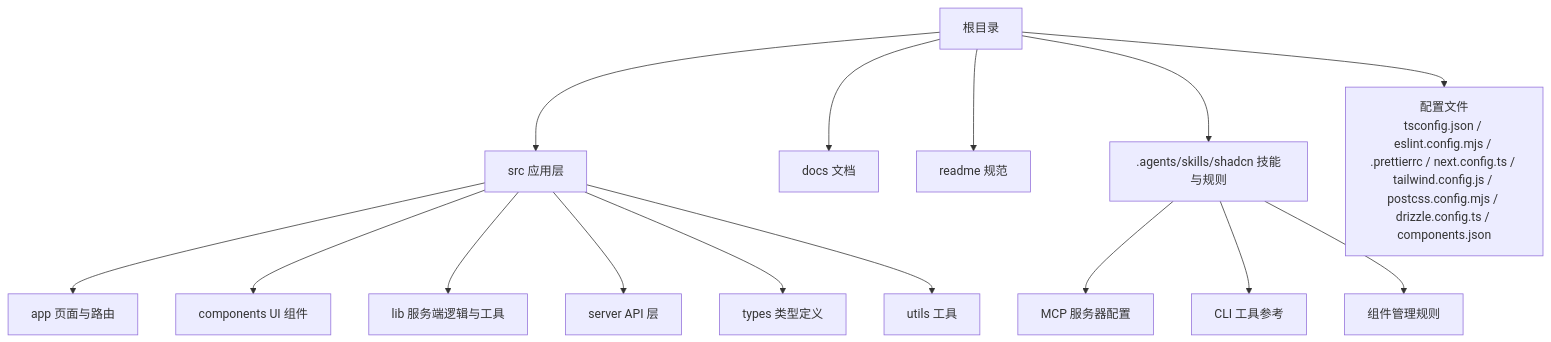
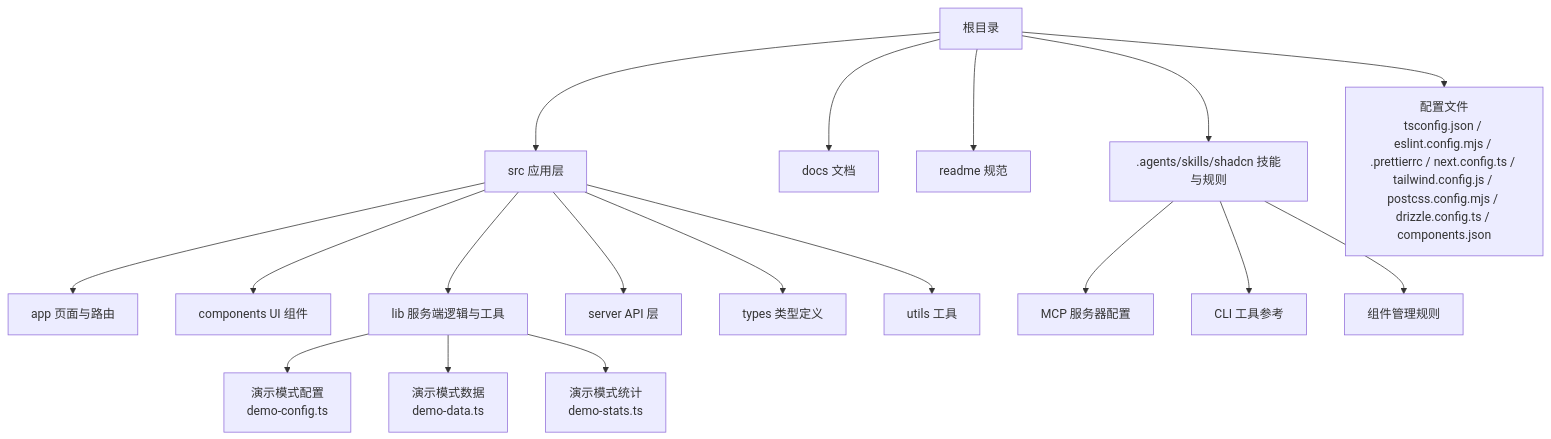
The first of 3 diagrams in .qoder/repowiki/zh/content/开发指南.md (RadiumAg/AIGate), drawn with Mermaid before and after one commit. The commit also changed other lines of this file and 11 other files, not shown here.

````diff
--- a/.qoder/repowiki/zh/content/开发指南.md
+++ b/.qoder/repowiki/zh/content/开发指南.md
@@ -56,17 +62,20 @@
 ```mermaid
 graph TB
 A["根目录"] --> B["src 应用层"]
 A --> C["docs 文档"]
 A --> D["readme 规范"]
 A --> E[".agents/skills/shadcn 技能与规则"]
 A --> F["配置文件<br/>tsconfig.json / eslint.config.mjs / .prettierrc / next.config.ts / tailwind.config.js / postcss.config.mjs / drizzle.config.ts / components.json"]
 B --> B1["app 页面与路由"]
 B --> B2["components UI 组件"]
 B --> B3["lib 服务端逻辑与工具"]
 B --> B4["server API 层"]
 B --> B5["types 类型定义"]
 B --> B6["utils 工具"]
+B3 --> B31["演示模式配置<br/>demo-config.ts"]
+B3 --> B32["演示模式数据<br/>demo-data.ts"]
+B3 --> B33["演示模式统计<br/>demo-stats.ts"]
 E --> E1["MCP 服务器配置"]
 E --> E2["CLI 工具参考"]
 E --> E3["组件管理规则"]
 ```
````
